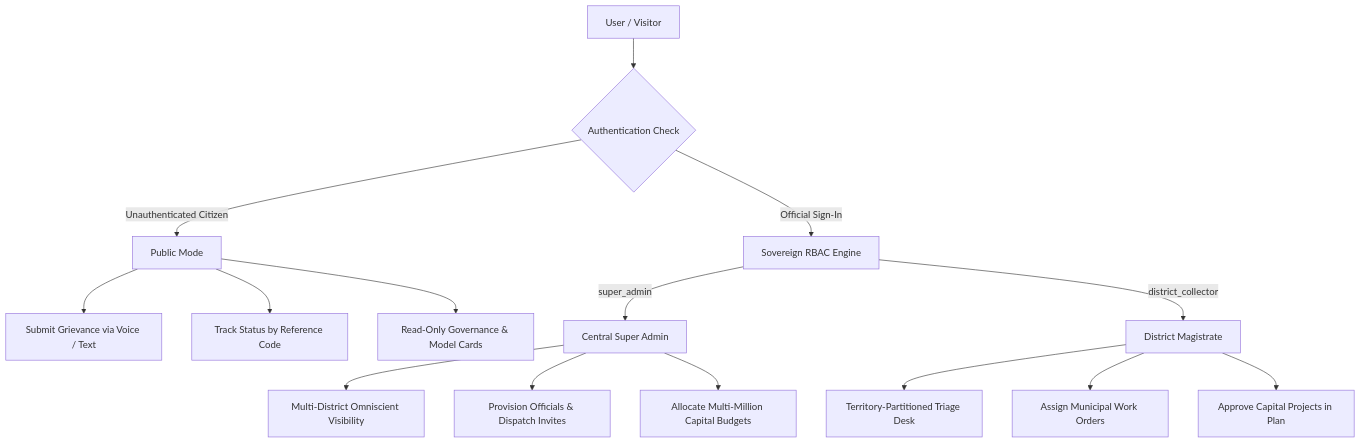
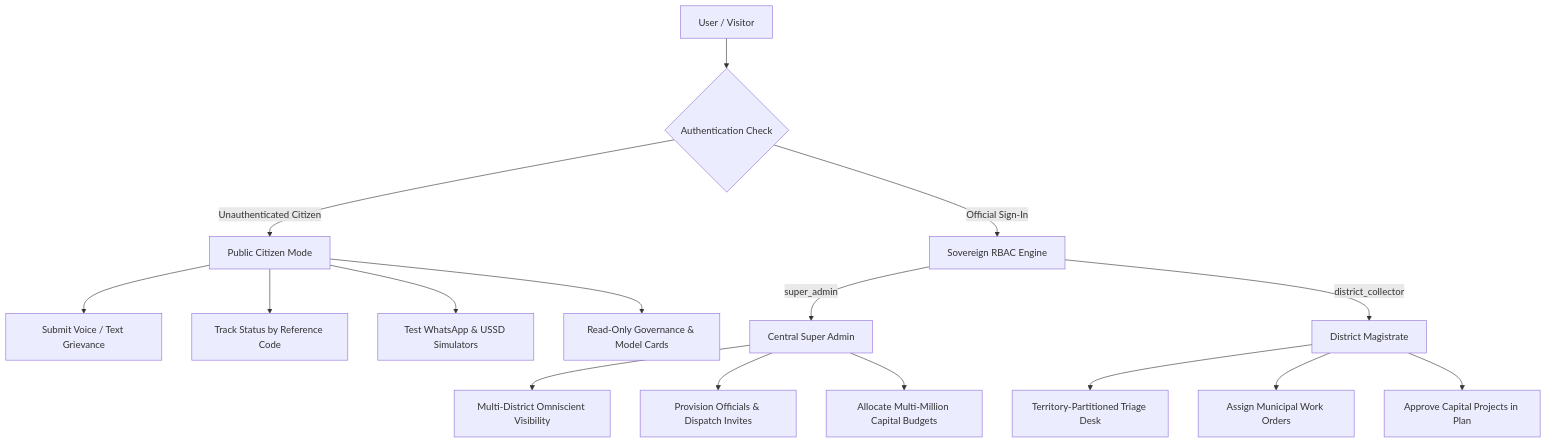
One commit to Gautam-kumar01/BRICS changed the second of 2 diagrams in README.md. Above: the diagram before and after it, drawn with Mermaid. The commit also changed other lines of this file, not shown here.

Commit message:
docs: update README.md with full architecture, interactive simulators, SMS gateway, and DPG specs

````diff
--- a/README.md
+++ b/README.md
@@ -86,19 +147,20 @@
 ```mermaid
 graph TD
     A[User / Visitor] --> B{Authentication Check}
-    B -->|Unauthenticated Citizen| C[Public Mode]
-    C --> C1[Submit Grievance via Voice / Text]
+    B -->|Unauthenticated Citizen| C[Public Citizen Mode]
+    C --> C1[Submit Voice / Text Grievance]
     C --> C2[Track Status by Reference Code]
-    C --> C3[Read-Only Governance & Model Cards]
+    C --> C3[Test WhatsApp & USSD Simulators]
+    C --> C4[Read-Only Governance & Model Cards]
     
     B -->|Official Sign-In| D[Sovereign RBAC Engine]
     D -->|super_admin| E[Central Super Admin]
     E --> E1[Multi-District Omniscient Visibility]
     E --> E2[Provision Officials & Dispatch Invites]
     E --> E3[Allocate Multi-Million Capital Budgets]
     
     D -->|district_collector| F[District Magistrate]
     F --> F1[Territory-Partitioned Triage Desk]
     F --> F2[Assign Municipal Work Orders]
     F --> F3[Approve Capital Projects in Plan]
 ```
````
